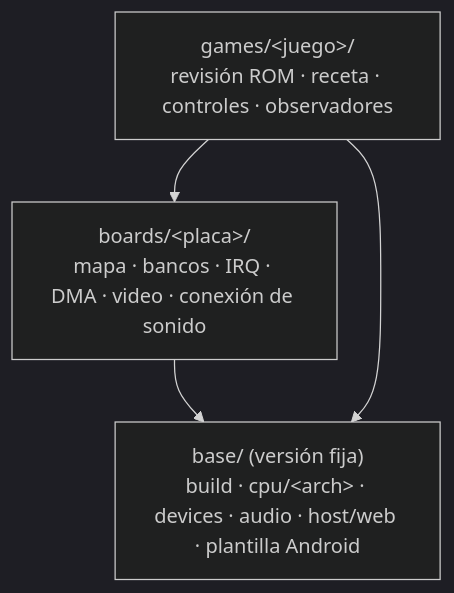
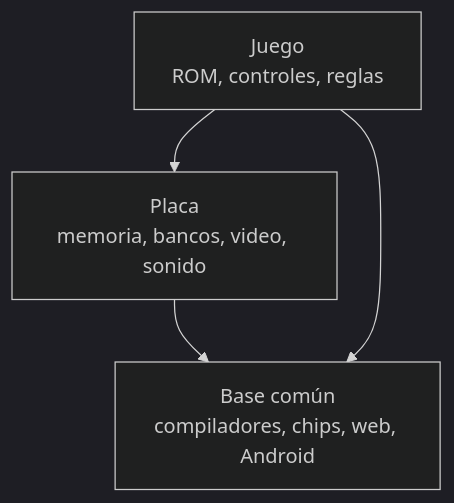
Before and after one commit to krukmat/gng-ghidra: the third of 3 diagrams in README.md, drawn with Mermaid (dark theme). The commit also changed other lines of this file and 5 other files, not shown here.

First line of the commit message:
docs(readme): shorter README with web and Android screenshots

````diff
--- a/README.md
+++ b/README.md
@@ -277,7 +157,6 @@
 ```mermaid
 flowchart TB
-  G["games/&lt;juego&gt;/<br/>revisión ROM · receta · controles · observadores"] --> BO
-  BO["boards/&lt;placa&gt;/<br/>mapa · bancos · IRQ · DMA · video · conexión de sonido"] --> BA
+  G["Juego<br/>ROM, controles, reglas"] --> BO["Placa<br/>memoria, bancos, video, sonido"]
+  BO --> BA["Base común<br/>compiladores, chips, web, Android"]
   G --> BA
-  BA["base/ (versión fija)<br/>build · cpu/&lt;arch&gt; · devices · audio · host/web · plantilla Android"]
 ```
````
